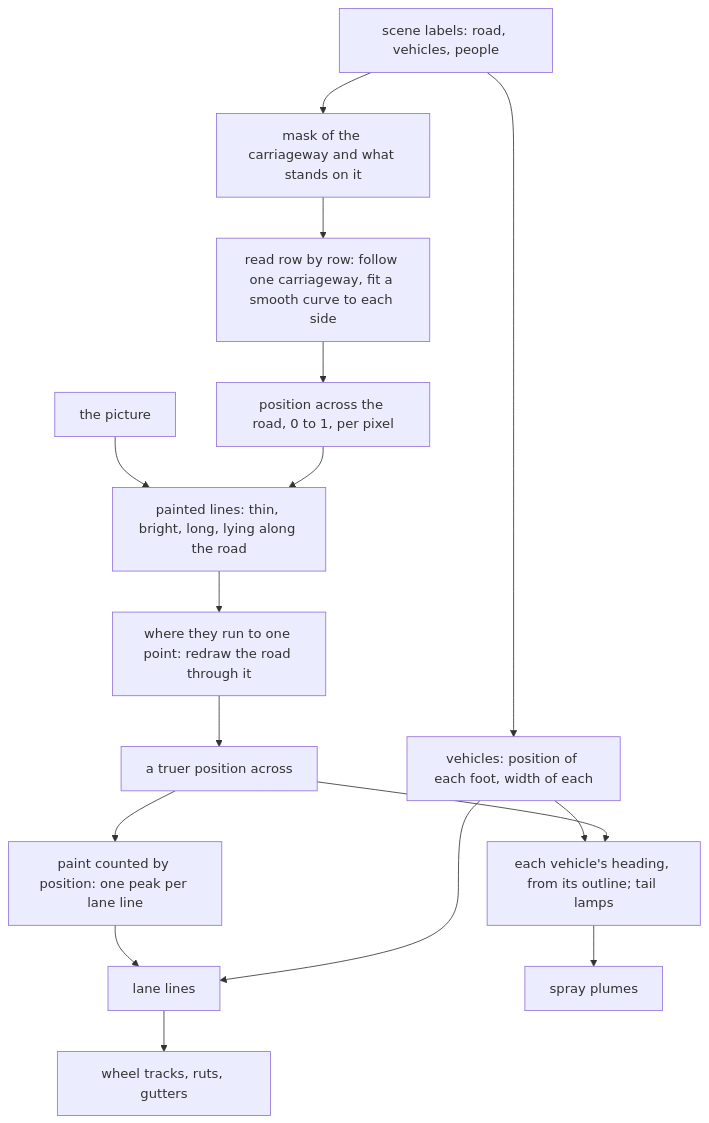
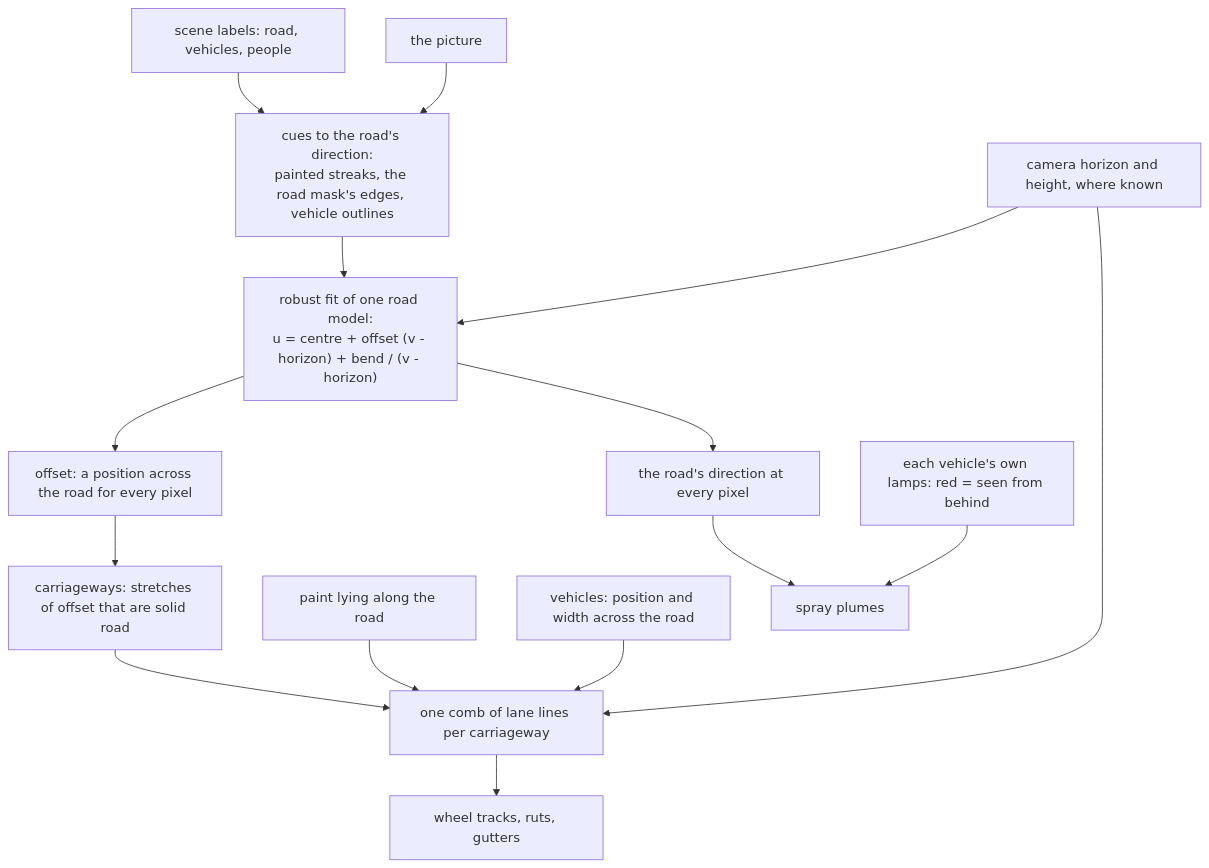
One commit to desmoteo/surmentations changed the diagram in docs/road_surface.md. Above: the diagram before and after it, drawn with Mermaid. The commit also changed other lines of this file and 1 other file, not shown here.

First line of the commit message:
Road surface guide: the road model, the lane comb, and spray by each car's facing

````diff
--- a/docs/road_surface.md
+++ b/docs/road_surface.md
@@ -33,18 +33,17 @@
 ```mermaid
 flowchart TD
-    L["scene labels: road, vehicles, people"] --> MASK["mask of the carriageway and what stands on it"]
-    MASK --> ROWS["read row by row: follow one carriageway, fit a smooth curve to each side"]
-    ROWS --> ACROSS["position across the road, 0 to 1, per pixel"]
-    IMG["the picture"] --> PAINT["painted lines: thin, bright, long, lying along the road"]
-    ACROSS --> PAINT
-    PAINT --> VP["where they run to one point: redraw the road through it"]
-    VP --> ACROSS2["a truer position across"]
-    ACROSS2 --> PEAKS["paint counted by position: one peak per lane line"]
-    L --> VEH["vehicles: position of each foot, width of each"]
-    PEAKS --> LANES["lane lines"]
-    VEH --> LANES
-    LANES --> TRACKS["wheel tracks, ruts, gutters"]
-    VEH --> HEAD["each vehicle's heading, from its outline; tail lamps"]
-    ACROSS2 --> HEAD
-    HEAD --> SPRAY["spray plumes"]
+    L["scene labels: road, vehicles, people"] --> CUES
+    IMG["the picture"] --> CUES["cues to the road's direction:<br/>painted streaks, the road mask's edges, vehicle outlines"]
+    GEO["camera horizon and height, where known"] --> FIT
+    CUES --> FIT["robust fit of one road model:<br/>u = centre + offset (v - horizon) + bend / (v - horizon)"]
+    FIT --> OFF["offset: a position across the road for every pixel"]
+    OFF --> CARR["carriageways: stretches of offset that are solid road"]
+    CARR --> COMB["one comb of lane lines per carriageway"]
+    PAINT["paint lying along the road"] --> COMB
+    VEH["vehicles: position and width across the road"] --> COMB
+    GEO --> COMB
+    COMB --> TRACKS["wheel tracks, ruts, gutters"]
+    FIT --> DIR["the road's direction at every pixel"]
+    DIR --> SPRAY["spray plumes"]
+    LAMPS["each vehicle's own lamps: red = seen from behind"] --> SPRAY
 ```
````
